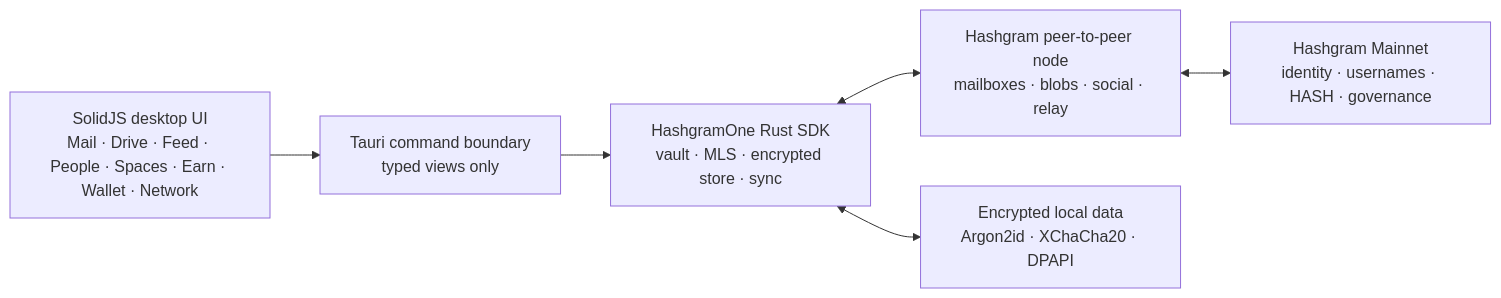
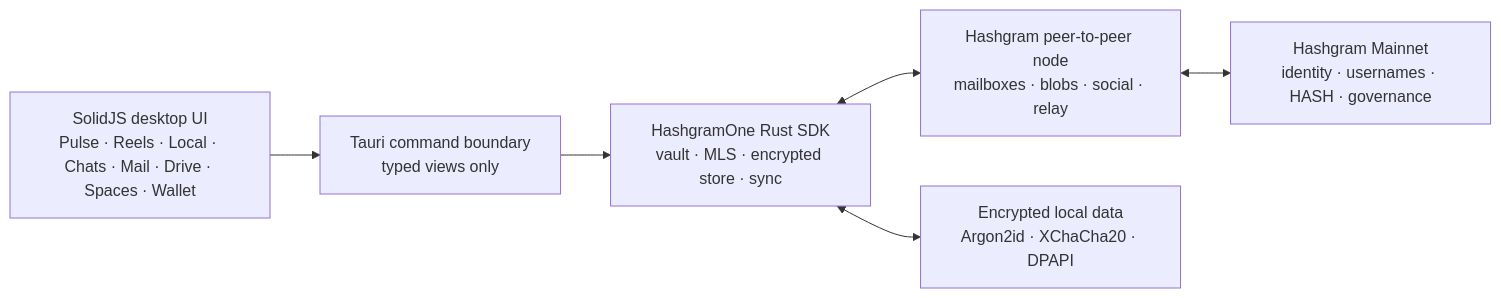
Before and after one commit to deepdrogo/hashgram_windows: the diagram in README.md, drawn with Mermaid. The commit also changed other lines of this file and 1 other file, not shown here.

````diff
--- a/README.md
+++ b/README.md
@@ -191,14 +236,14 @@
 ```mermaid
 flowchart LR
-  UI["SolidJS desktop UI<br/>Mail · Drive · Feed · People · Spaces · Earn · Wallet · Network"]
+  UI["SolidJS desktop UI<br/>Pulse · Reels · Local · Chats · Mail · Drive · Spaces · Wallet"]
   T["Tauri command boundary<br/>typed views only"]
   SDK["HashgramOne Rust SDK<br/>vault · MLS · encrypted store · sync"]
   P2P["Hashgram peer-to-peer node<br/>mailboxes · blobs · social · relay"]
   CHAIN["Hashgram Mainnet<br/>identity · usernames · HASH · governance"]
   LOCAL["Encrypted local data<br/>Argon2id · XChaCha20 · DPAPI"]
 
   UI --> T --> SDK
   SDK <--> LOCAL
   SDK <--> P2P
   P2P <--> CHAIN
 ```
````
